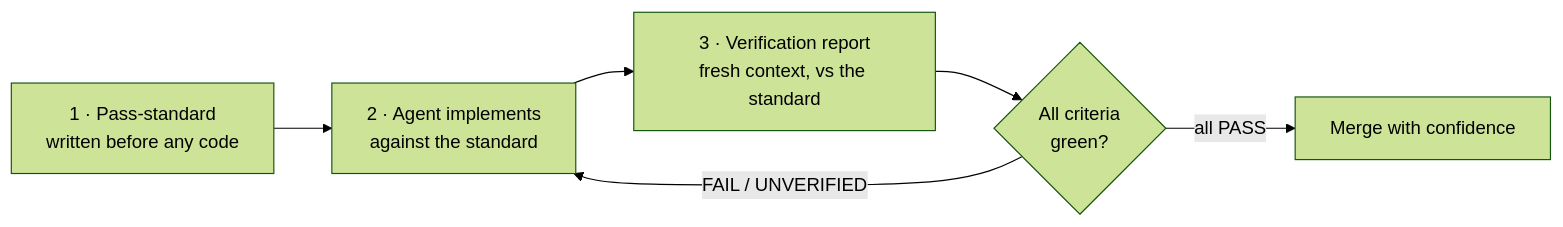
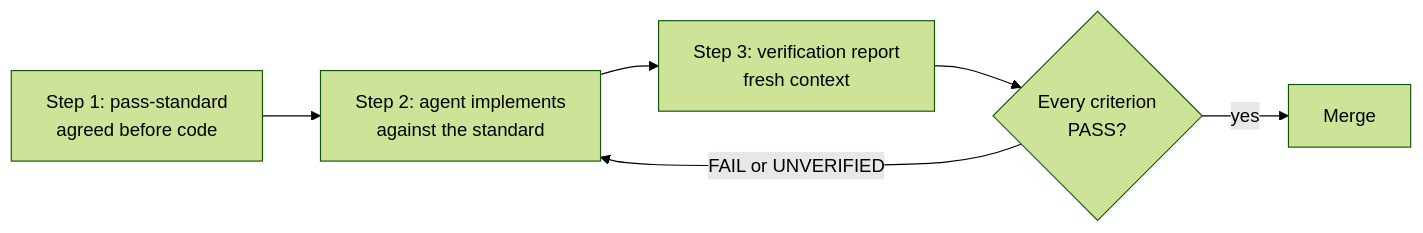
Before and after one commit to SharmaAjay19/blog: the diagram in agentic/building_the_verify_part.md, drawn with Mermaid (forest theme). The commit also changed other lines of this file and 1 other file, not shown here.

````diff
--- a/agentic/building_the_verify_part.md
+++ b/agentic/building_the_verify_part.md
@@ -205,8 +272,8 @@
 ```mermaid
 flowchart LR
-    PS["1 · Pass-standard<br/>written before any code"] --> W["2 · Agent implements<br/>against the standard"]
-    W --> VR["3 · Verification report<br/>fresh context, vs the standard"]
-    VR --> G{"All criteria<br/>green?"}
-    G -->|"FAIL / UNVERIFIED"| W
-    G -->|"all PASS"| M["Merge with confidence"]
+    PS["Step 1: pass-standard<br/>agreed before code"] --> W["Step 2: agent implements<br/>against the standard"]
+    W --> VR["Step 3: verification report<br/>fresh context"]
+    VR --> G{"Every criterion<br/>PASS?"}
+    G -->|"FAIL or UNVERIFIED"| W
+    G -->|"yes"| M["Merge"]
 ```
````
